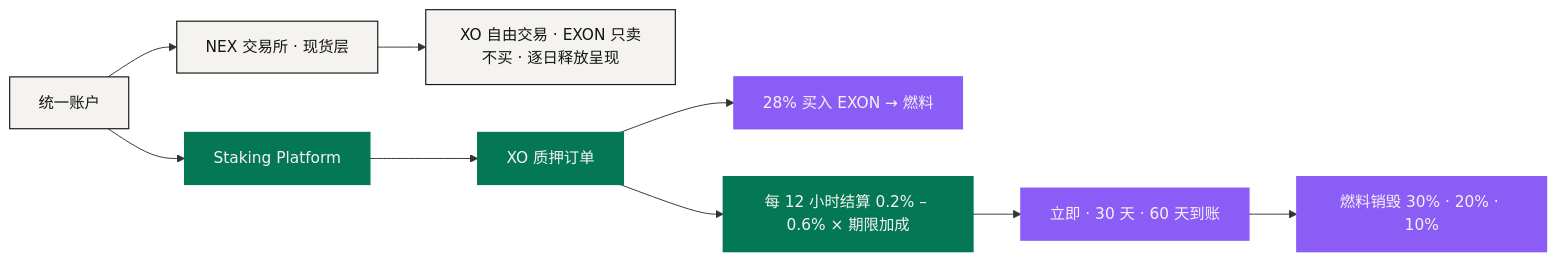
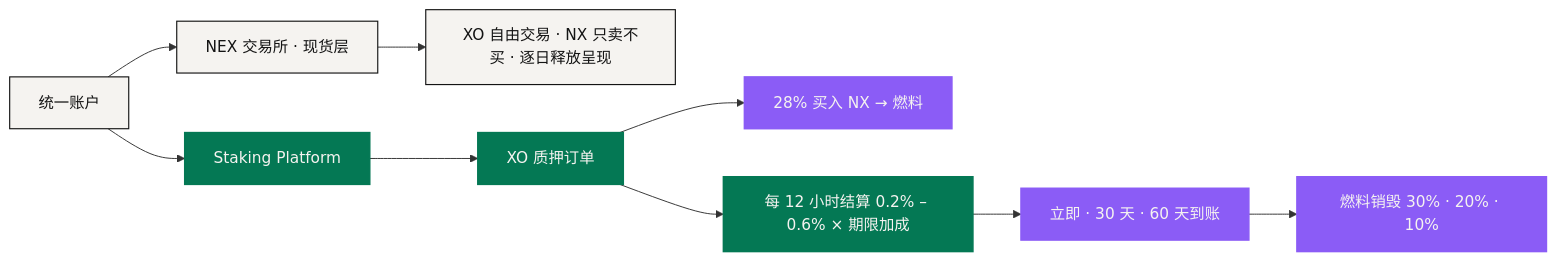
The diagram in docs/zh/03-architecture/trust-and-bonding.md (NEXONMarkets/NEXON-Whitepaper), drawn with Mermaid before and after one commit. The commit also changed other lines of this file and 92 other files, not shown here.

````diff
--- a/docs/zh/03-architecture/trust-and-bonding.md
+++ b/docs/zh/03-architecture/trust-and-bonding.md
@@ -14,17 +14,17 @@
 ```mermaid
 flowchart LR
     A["统一账户"] --> E["NEX 交易所 · 现货层"]
     A --> S["Staking Platform"]
-    E --> X["XO 自由交易 · EXON 只卖不买 · 逐日释放呈现"]
+    E --> X["XO 自由交易 · NX 只卖不买 · 逐日释放呈现"]
     S --> O["XO 质押订单"]
-    O --> F["28% 买入 EXON → 燃料"]
+    O --> F["28% 买入 NX → 燃料"]
     O --> R["每 12 小时结算 0.2% – 0.6% × 期限加成"]
     R --> D["立即 · 30 天 · 60 天到账"]
     D --> B["燃料销毁 30% · 20% · 10%"]
     classDef anchor fill:#047854,stroke:#047854,stroke-width:1.5px,color:#F5F3F0
     classDef engine fill:#8B5CF6,stroke:#8B5CF6,stroke-width:1.5px,color:#F5F3F0
     classDef solid fill:#F5F3F0,stroke:#141414,stroke-width:1.2px,color:#141414
     class A,E,X solid
     class S,O,R anchor
     class F,D,B engine
 ```
````
